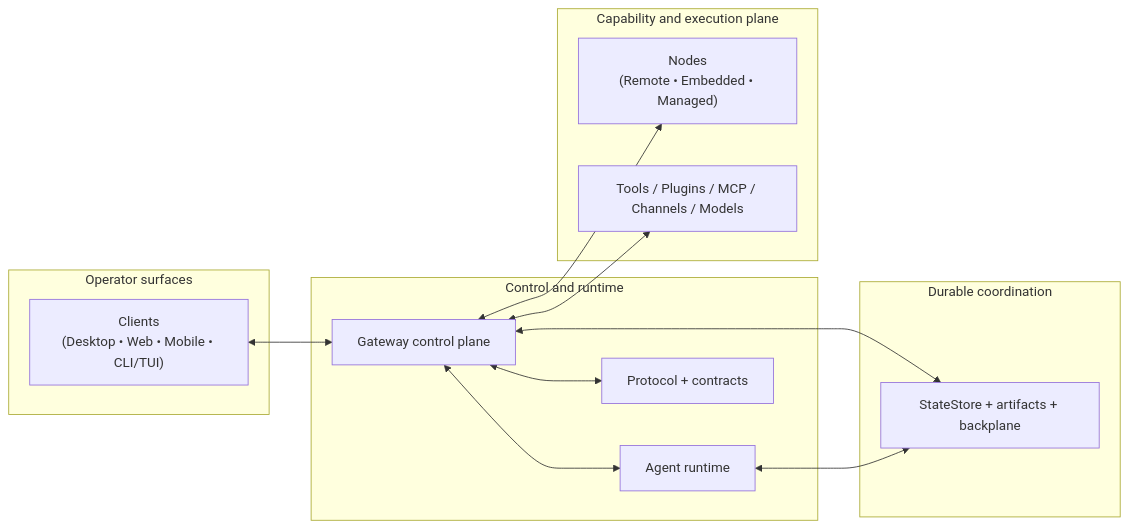
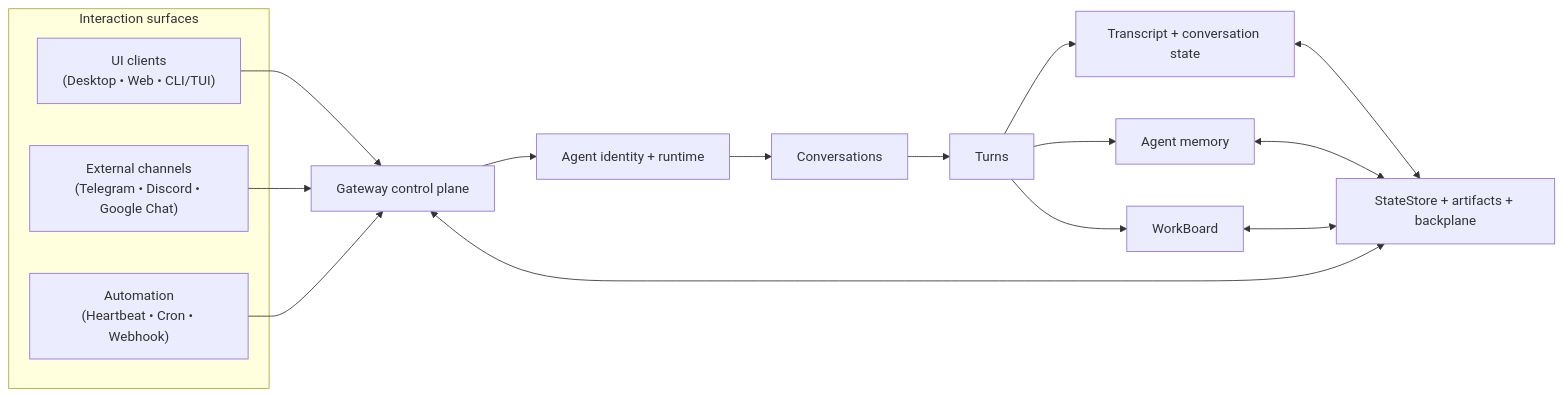
Before and after one commit to tyrumai/tyrum: the diagram in docs/architecture/index.md, drawn with Mermaid. The commit also changed other lines of this file and 56 other files, not shown here.

Commit message:
docs: rewrite architecture around conversations and turns (#1829)

````diff
--- a/docs/architecture/index.md
+++ b/docs/architecture/index.md
@@ -13,29 +13,31 @@
 ```mermaid
 flowchart LR
-  subgraph Surfaces["Operator surfaces"]
-    Client["Clients<br/>(Desktop • Web • Mobile • CLI/TUI)"]
+  subgraph Surfaces["Interaction surfaces"]
+    Client["UI clients<br/>(Desktop • Web • CLI/TUI)"]
+    Ext["External channels<br/>(Telegram • Discord • Google Chat)"]
+    Auto["Automation<br/>(Heartbeat • Cron • Webhook)"]
   end
 
-  subgraph Control["Control and runtime"]
-    Gateway["Gateway control plane"]
-    Agent["Agent runtime"]
-    Protocol["Protocol + contracts"]
-  end
+  Gateway["Gateway control plane"]
+  Agent["Agent identity + runtime"]
+  Conv["Conversations"]
+  Turns["Turns"]
+  Transcript["Transcript + conversation state"]
+  Memory["Agent memory"]
+  Work["WorkBoard"]
+  State["StateStore + artifacts + backplane"]
 
-  subgraph Execution["Capability and execution plane"]
-    Node["Nodes<br/>(Remote • Embedded • Managed)"]
-    Tools["Tools / Plugins / MCP / Channels / Models"]
-  end
-
-  subgraph Durability["Durable coordination"]
-    State["StateStore + artifacts + backplane"]
-  end
-
-  Client <--> Gateway
-  Gateway <--> Protocol
-  Gateway <--> Agent
-  Gateway <--> Node
-  Gateway <--> Tools
+  Client --> Gateway
+  Ext --> Gateway
+  Auto --> Gateway
+  Gateway --> Agent
+  Agent --> Conv
+  Conv --> Turns
+  Turns --> Transcript
+  Turns --> Memory
+  Turns --> Work
+  Transcript <--> State
+  Memory <--> State
+  Work <--> State
   Gateway <--> State
-  Agent <--> State
 ```
````
